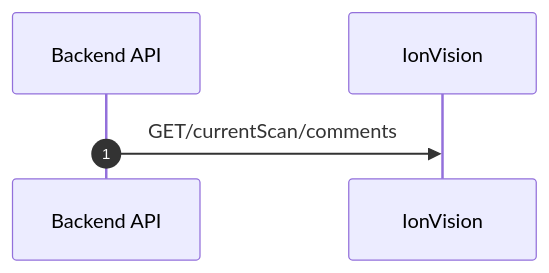
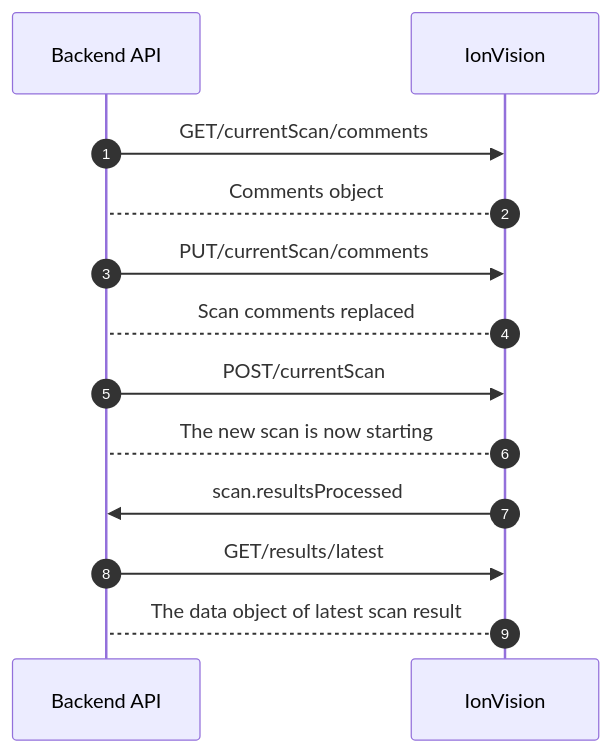
Before and after one commit to NenaBot/nenabot-backend: the diagram in app/adapters/ionVision.md, drawn with Mermaid. The commit also changed other lines of this file, not shown here.

Commit message:
doc(iv-docs): Add sequence diagram

````diff
--- a/app/adapters/ionVision.md
+++ b/app/adapters/ionVision.md
@@ -65,7 +65,16 @@
 ```mermaid
 sequenceDiagram
     autonumber
     participant BE as Backend API
     participant IV as IonVision
     BE->>IV: GET/currentScan/comments 
+    IV-->BE: Comments object
+    BE->>IV: PUT/currentScan/comments 
+    IV-->BE: Scan comments replaced
+    BE->>IV: POST/currentScan
+    IV-->BE: The new scan is now starting
+
+    IV->>BE: scan.resultsProcessed
+    BE->>IV: GET/results/latest
+    IV-->BE: The data object of latest scan result
 ```
````
